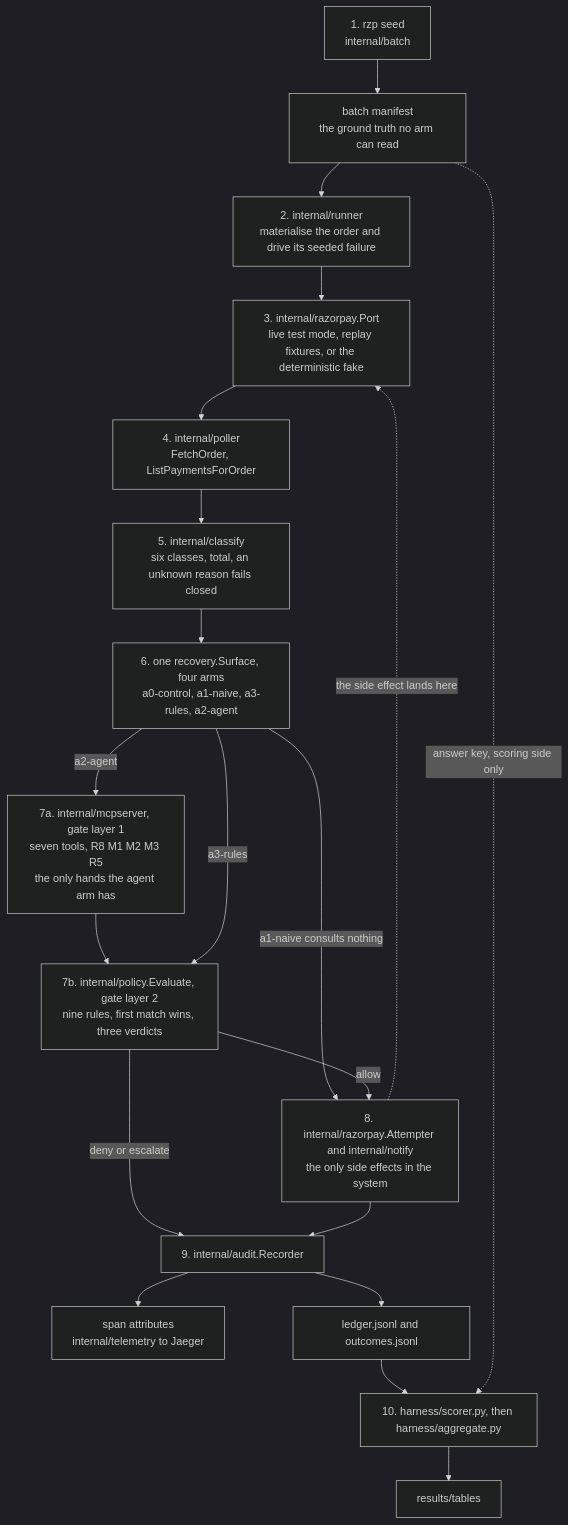
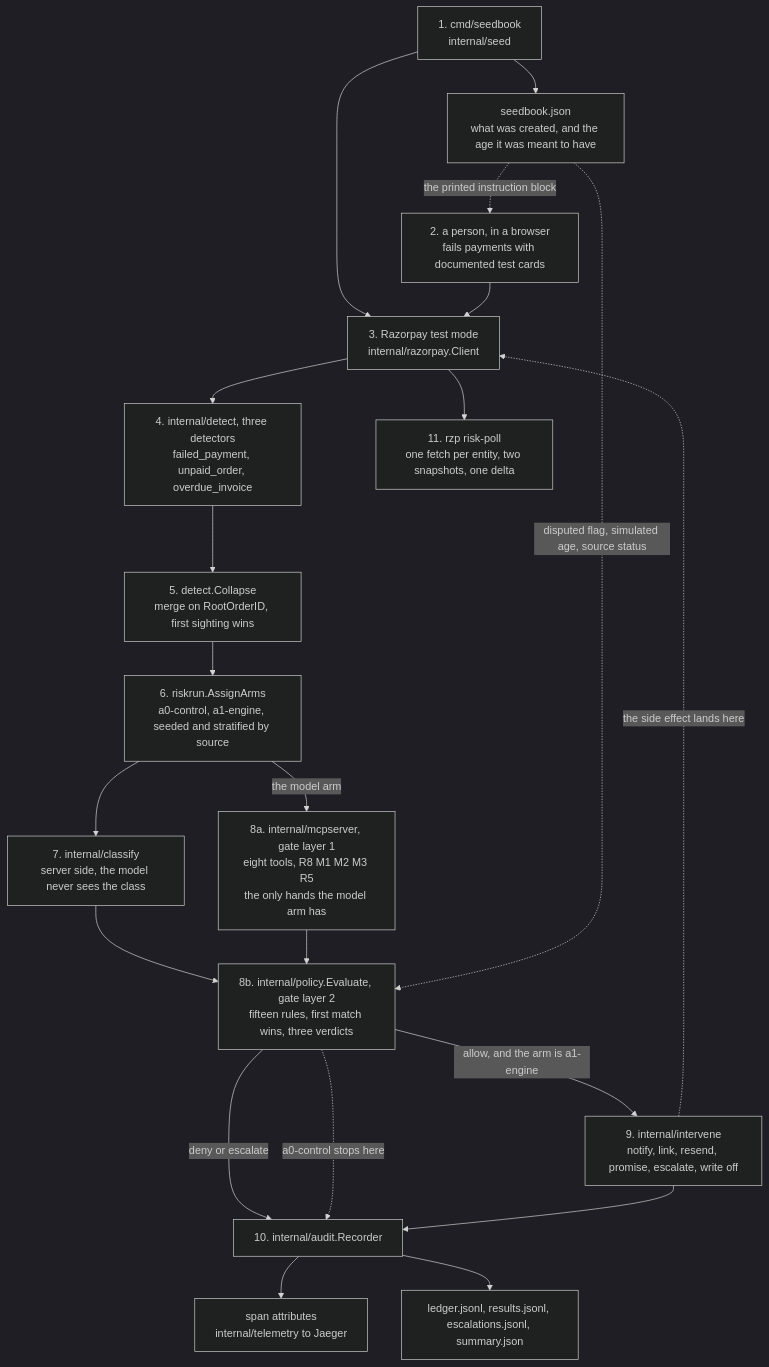
Before and after one commit to lopster568/rzp-rebound: the diagram in ARCHITECTURE.md, drawn with Mermaid (dark theme). The commit also changed other lines of this file and 8 other files, not shown here.

````diff
--- a/ARCHITECTURE.md
+++ b/ARCHITECTURE.md
@@ -16,31 +19,36 @@
 ```mermaid
 flowchart TB
-  SEED["1. rzp seed<br/>internal/batch"]
-  MAN["batch manifest<br/>the ground truth no arm can read"]
-  MAT["2. internal/runner<br/>materialise the order and drive its seeded failure"]
-  GW["3. internal/razorpay.Port<br/>live test mode, replay fixtures, or the deterministic fake"]
-  POLL["4. internal/poller<br/>FetchOrder, ListPaymentsForOrder"]
-  CLS["5. internal/classify<br/>six classes, total, an unknown reason fails closed"]
-  ARMS["6. one recovery.Surface, four arms<br/>a0-control, a1-naive, a3-rules, a2-agent"]
-  MCP["7a. internal/mcpserver, gate layer 1<br/>seven tools, R8 M1 M2 M3 R5<br/>the only hands the agent arm has"]
-  POL["7b. internal/policy.Evaluate, gate layer 2<br/>nine rules, first match wins, three verdicts"]
-  ACT["8. internal/razorpay.Attempter and internal/notify<br/>the only side effects in the system"]
-  AUD["9. internal/audit.Recorder"]
+  SEED["1. cmd/seedbook<br/>internal/seed"]
+  MAN["seedbook.json<br/>what was created, and the age it was meant to have"]
+  HUMAN["2. a person, in a browser<br/>fails payments with documented test cards"]
+  RZP["3. Razorpay test mode<br/>internal/razorpay.Client"]
+  DET["4. internal/detect, three detectors<br/>failed_payment, unpaid_order, overdue_invoice"]
+  COL["5. detect.Collapse<br/>merge on RootOrderID, first sighting wins"]
+  ARMS["6. riskrun.AssignArms<br/>a0-control, a1-engine, seeded and stratified by source"]
+  CLS["7. internal/classify<br/>server side, the model never sees the class"]
+  MCP["8a. internal/mcpserver, gate layer 1<br/>eight tools, R8 M1 M2 M3 R5<br/>the only hands the model arm has"]
+  POL["8b. internal/policy.Evaluate, gate layer 2<br/>fifteen rules, first match wins, three verdicts"]
+  ACT["9. internal/intervene<br/>notify, link, resend, promise, escalate, write off"]
+  AUD["10. internal/audit.Recorder"]
   SPAN["span attributes<br/>internal/telemetry to Jaeger"]
-  LED["ledger.jsonl and outcomes.jsonl"]
-  SCORE["10. harness/scorer.py, then harness/aggregate.py"]
-  TAB["results/tables"]
+  LED["ledger.jsonl, results.jsonl, escalations.jsonl, summary.json"]
+  POLL["11. rzp risk-poll<br/>one fetch per entity, two snapshots, one delta"]
 
-  SEED --> MAN --> MAT --> GW --> POLL --> CLS --> ARMS
-  ARMS -->|"a2-agent"| MCP
+  SEED --> MAN
+  SEED --> RZP
+  MAN -.->|"the printed instruction block"| HUMAN
+  HUMAN --> RZP
+  RZP --> DET --> COL --> ARMS
+  ARMS --> CLS --> POL
+  ARMS -->|"the model arm"| MCP
   MCP --> POL
-  ARMS -->|"a3-rules"| POL
-  ARMS -->|"a1-naive consults nothing"| ACT
-  POL -->|"allow"| ACT
+  POL -->|"allow, and the arm is a1-engine"| ACT
   POL -->|"deny or escalate"| AUD
+  POL -.->|"a0-control stops here"| AUD
   ACT --> AUD
-  ACT -.->|"the side effect lands here"| GW
+  ACT -.->|"the side effect lands here"| RZP
   AUD --> SPAN
-  AUD --> LED --> SCORE --> TAB
-  MAN -.->|"answer key, scoring side only"| SCORE
+  AUD --> LED
+  MAN -.->|"disputed flag, simulated age, source status"| POL
+  RZP --> POLL
 ```
````
